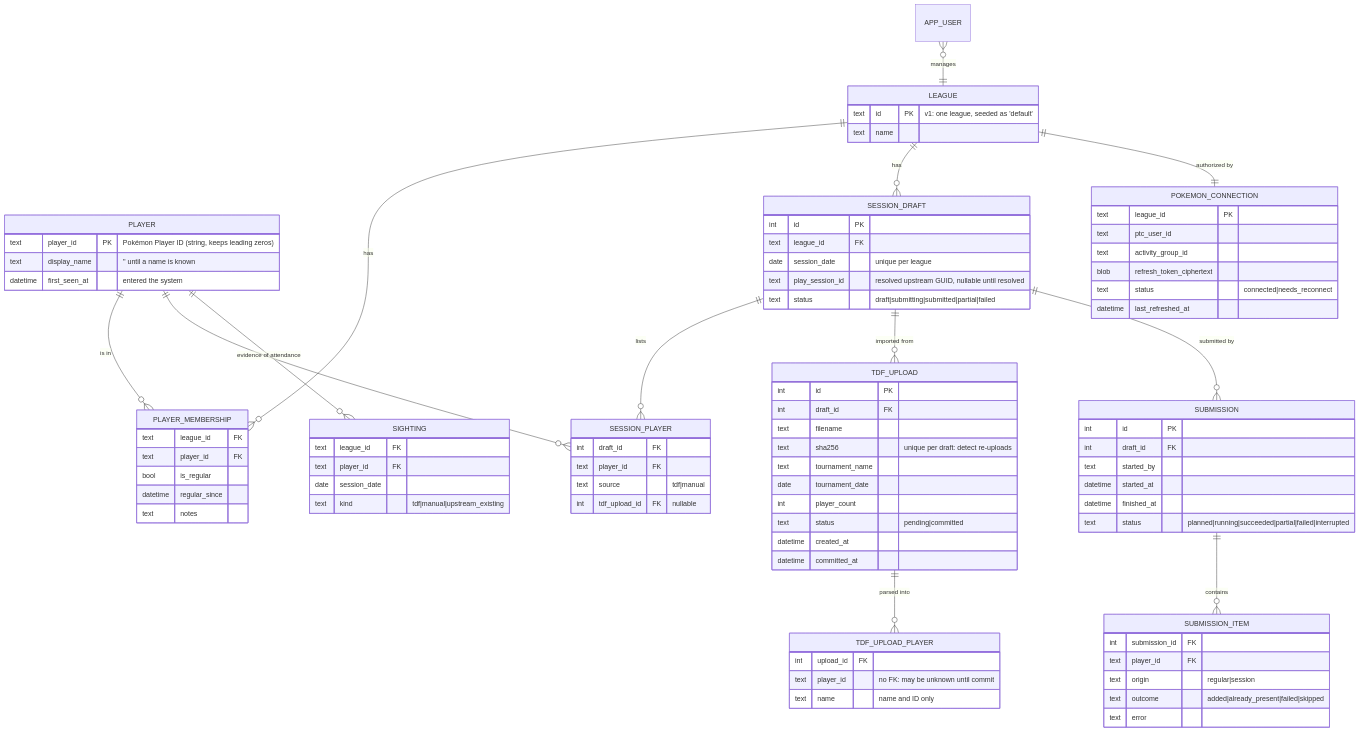
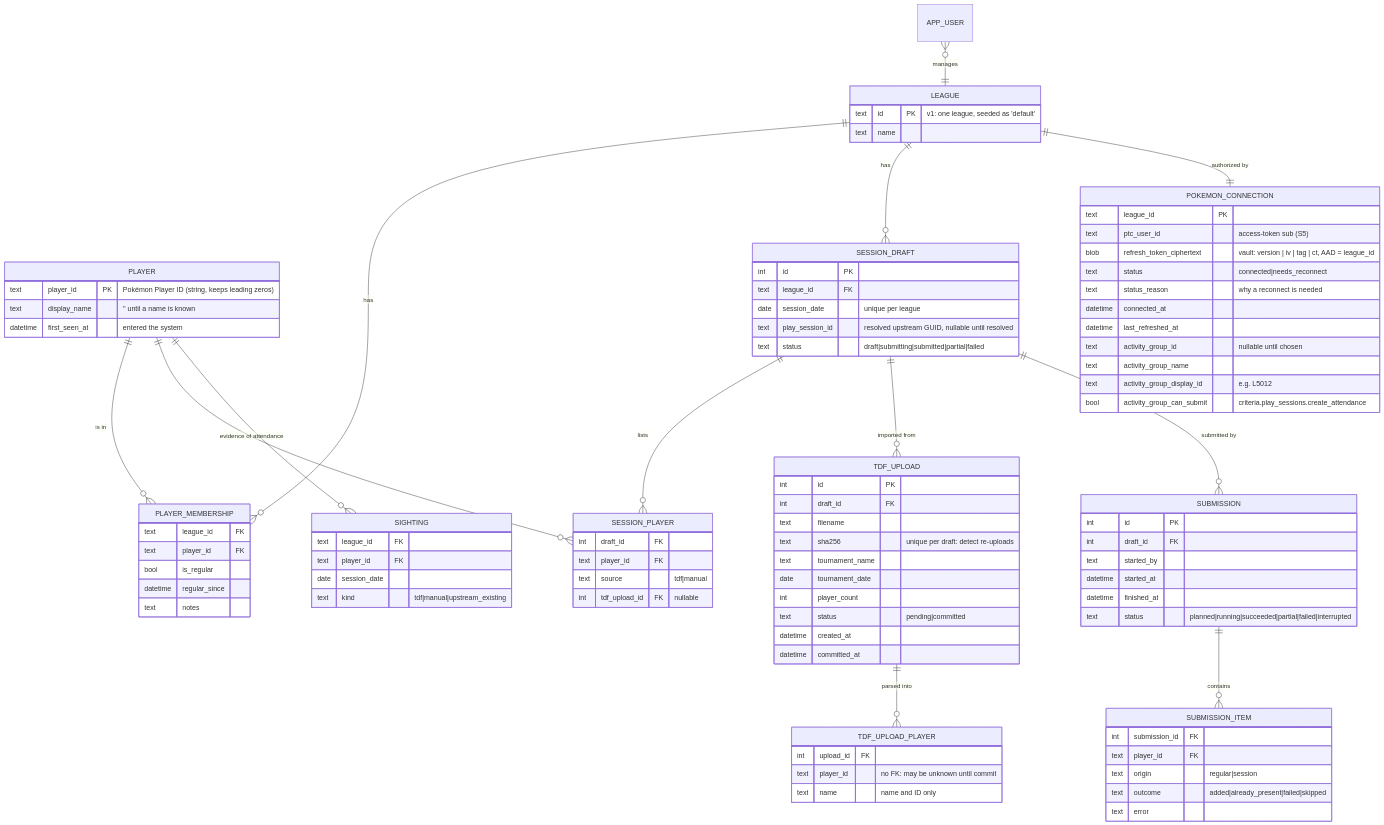
Before and after one commit to Towerism/play-pokemon-attendance-web: the third of 5 diagrams in docs/architecture/README.md, drawn with Mermaid. The commit also changed other lines of this file and 7 other files, not shown here.

````diff
--- a/docs/architecture/README.md
+++ b/docs/architecture/README.md
@@ -357,10 +375,15 @@
   }
   POKEMON_CONNECTION {
     text league_id PK
-    text ptc_user_id
-    text activity_group_id
-    blob refresh_token_ciphertext
+    text ptc_user_id "access-token sub (S5)"
+    blob refresh_token_ciphertext "vault: version | iv | tag | ct, AAD = league_id"
     text status "connected|needs_reconnect"
+    text status_reason "why a reconnect is needed"
+    datetime connected_at
     datetime last_refreshed_at
+    text activity_group_id "nullable until chosen"
+    text activity_group_name
+    text activity_group_display_id "e.g. L5012"
+    bool activity_group_can_submit "criteria.play_sessions.create_attendance"
   }
 ```
````
